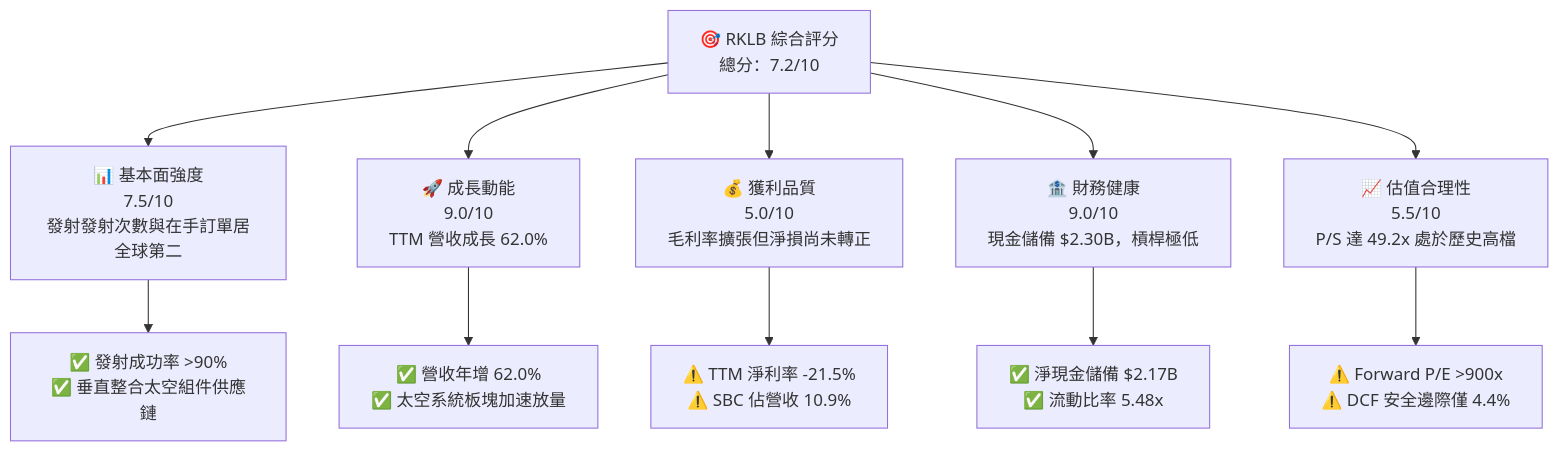
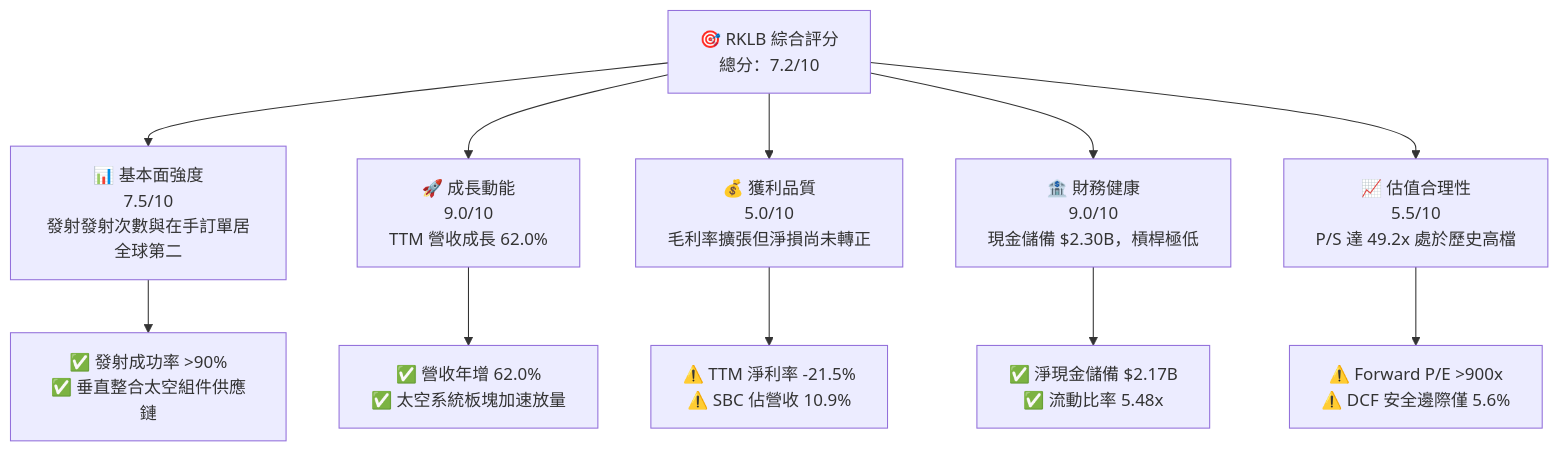
The first of 15 diagrams in ai_gen_report/fundamental/rklb/fundamental_analysis_2026-10-14_gemini.md (yennanliu/finance_data), drawn with Mermaid before and after one commit. The commit also changed other lines of this file and 339 other files, not shown here.

````diff
--- a/ai_gen_report/fundamental/rklb/fundamental_analysis_2026-10-14_gemini.md
+++ b/ai_gen_report/fundamental/rklb/fundamental_analysis_2026-10-14_gemini.md
@@ -60,22 +67,22 @@
 ```mermaid
 graph TD
     TICKER["🎯 RKLB 綜合評分<br/>總分：7.2/10"]
 
     F["📊 基本面強度<br/>7.5/10<br/>發射發射次數與在手訂單居全球第二"]
     G["🚀 成長動能<br/>9.0/10<br/>TTM 營收成長 62.0%"]
     P["💰 獲利品質<br/>5.0/10<br/>毛利率擴張但淨損尚未轉正"]
     B["🏦 財務健康<br/>9.0/10<br/>現金儲備 $2.30B，槓桿極低"]
     V["📈 估值合理性<br/>5.5/10<br/>P/S 達 49.2x 處於歷史高檔"]
 
     TICKER --> F
     TICKER --> G
     TICKER --> P
     TICKER --> B
     TICKER --> V
 
     F --> F1["✅ 發射成功率 >90%<br/>✅ 垂直整合太空組件供應鏈"]
     G --> G1["✅ 營收年增 62.0%<br/>✅ 太空系統板塊加速放量"]
     P --> P1["⚠️ TTM 淨利率 -21.5%<br/>⚠️ SBC 佔營收 10.9%"]
     B --> B1["✅ 淨現金儲備 $2.17B<br/>✅ 流動比率 5.48x"]
-    V --> V1["⚠️ Forward P/E >900x<br/>⚠️ DCF 安全邊際僅 4.4%"]
+    V --> V1["⚠️ Forward P/E >900x<br/>⚠️ DCF 安全邊際僅 5.6%"]
 ```
````
